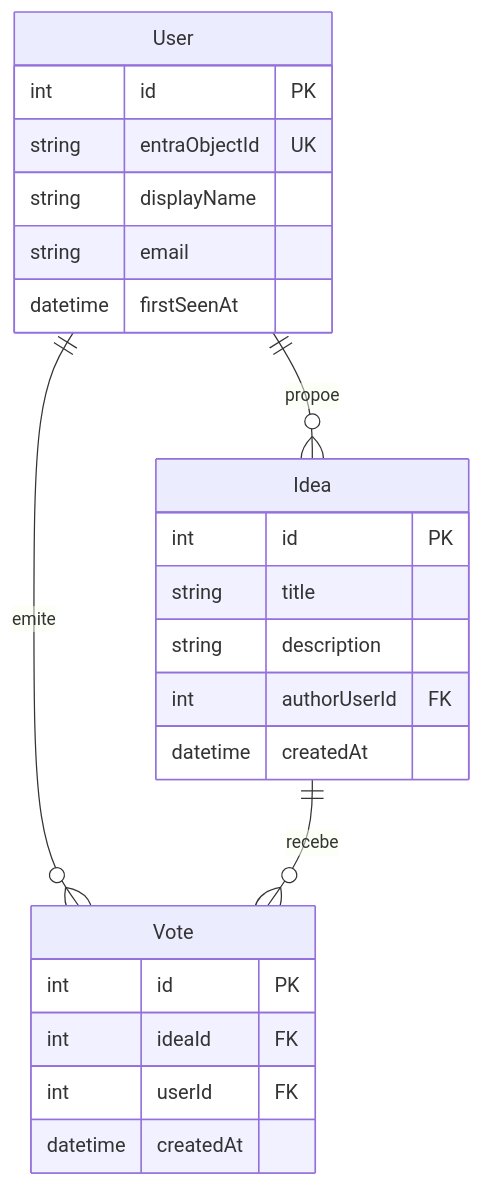
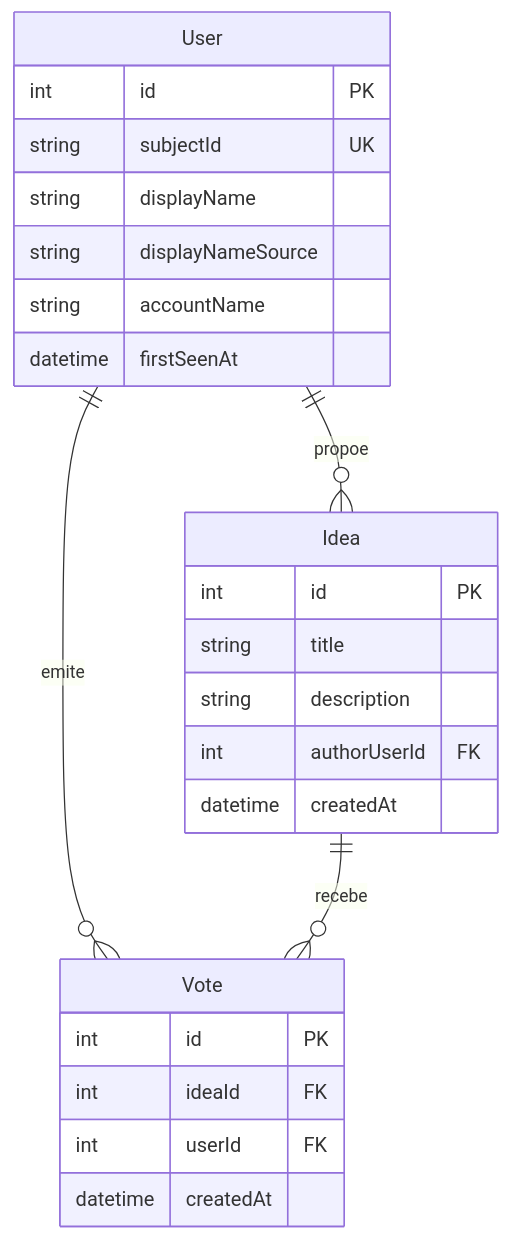
The diagram in Docs/03-Modelo-de-Dados.md (Kail-the-akuma/AI_Exercise), drawn with Mermaid before and after one commit. The commit also changed other lines of this file and 1 other file, not shown here.

````diff
--- a/Docs/03-Modelo-de-Dados.md
+++ b/Docs/03-Modelo-de-Dados.md
@@ -10,27 +10,28 @@
 ```mermaid
 erDiagram
     User ||--o{ Idea : propoe
     User ||--o{ Vote : emite
     Idea ||--o{ Vote : recebe
 
     User {
         int id PK
-        string entraObjectId UK
+        string subjectId UK
         string displayName
-        string email
+        string displayNameSource
+        string accountName
         datetime firstSeenAt
     }
     Idea {
         int id PK
         string title
         string description
         int authorUserId FK
         datetime createdAt
     }
     Vote {
         int id PK
         int ideaId FK
         int userId FK
         datetime createdAt
     }
 ```
````
